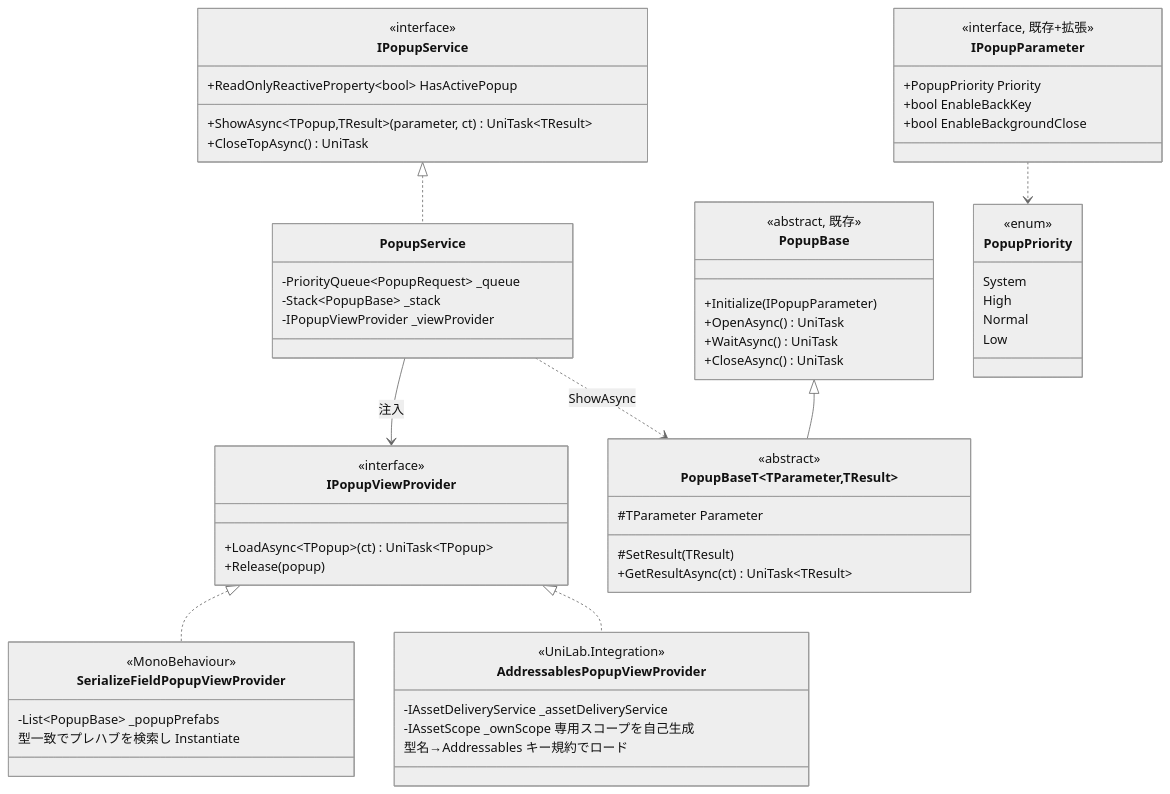
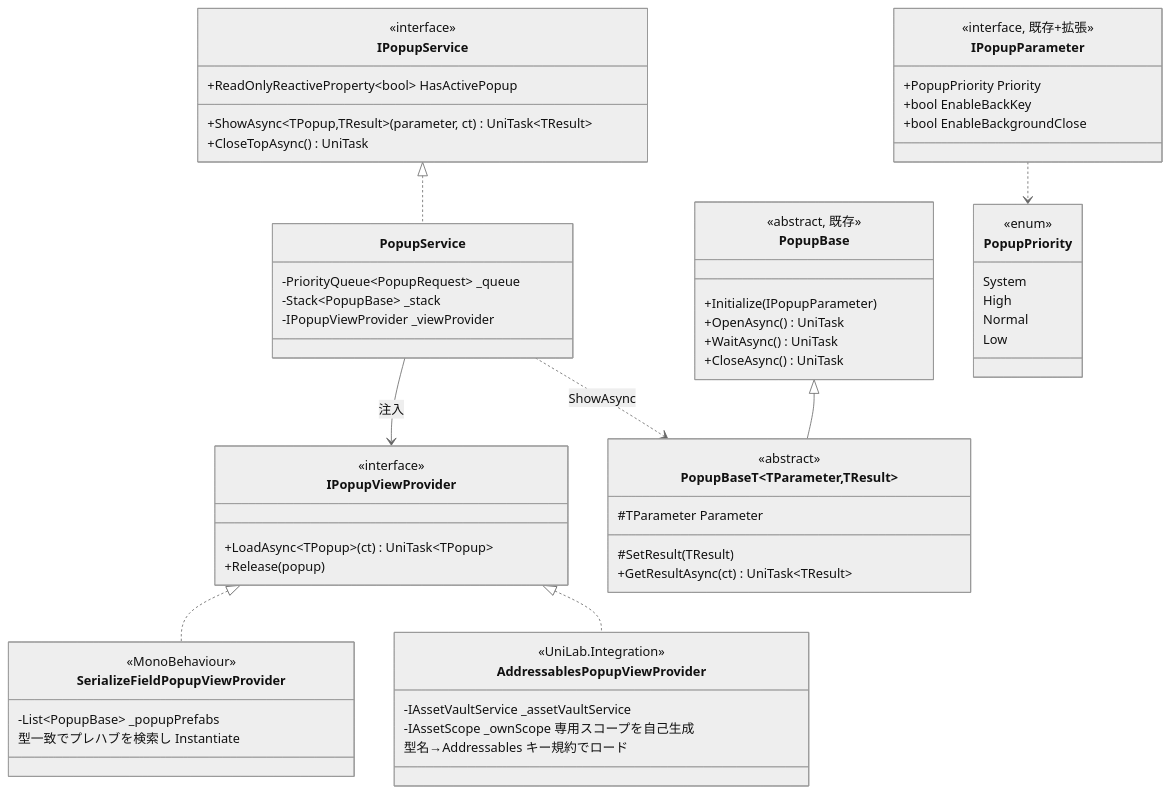
The first of 2 diagrams in docs/design-unilab-popup-v2.md (MasaKoha/UniLab), drawn with Mermaid (neutral theme) before and after one commit. The commit also changed other lines of this file and 57 other files, not shown here.

Commit message:
refactor: UniLab.AssetDelivery を UniLab.AssetVault にリネーム

````diff
--- a/docs/design-unilab-popup-v2.md
+++ b/docs/design-unilab-popup-v2.md
@@ -53,72 +53,72 @@
 ```mermaid
 classDiagram
     class IPopupService {
         <<interface>>
         +ReadOnlyReactiveProperty~bool~ HasActivePopup
         +ShowAsync~TPopup,TResult~(parameter, ct) UniTask~TResult~
         +CloseTopAsync() UniTask
     }
 
     class IPopupViewProvider {
         <<interface>>
         +LoadAsync~TPopup~(ct) UniTask~TPopup~
         +Release(popup)
     }
 
     class PopupService {
         -PriorityQueue~PopupRequest~ _queue
         -Stack~PopupBase~ _stack
         -IPopupViewProvider _viewProvider
     }
 
     class PopupBase {
         <<abstract, 既存>>
         +Initialize(IPopupParameter)
         +OpenAsync() UniTask
         +WaitAsync() UniTask
         +CloseAsync() UniTask
     }
 
     class PopupBaseT~TParameter,TResult~ {
         <<abstract>>
         #TParameter Parameter
         #SetResult(TResult)
         +GetResultAsync(ct) UniTask~TResult~
     }
 
     class SerializeFieldPopupViewProvider {
         <<MonoBehaviour>>
         -List~PopupBase~ _popupPrefabs
         型一致でプレハブを検索し Instantiate
     }
 
     class AddressablesPopupViewProvider {
         <<UniLab.Integration>>
-        -IAssetDeliveryService _assetDeliveryService
+        -IAssetVaultService _assetVaultService
         -IAssetScope _ownScope 専用スコープを自己生成
         型名→Addressables キー規約でロード
     }
 
     class IPopupParameter {
         <<interface, 既存+拡張>>
         +PopupPriority Priority
         +bool EnableBackKey
         +bool EnableBackgroundClose
     }
 
     class PopupPriority {
         <<enum>>
         System
         High
         Normal
         Low
     }
 
     IPopupService <|.. PopupService
     PopupService --> IPopupViewProvider : 注入
     IPopupViewProvider <|.. SerializeFieldPopupViewProvider
     IPopupViewProvider <|.. AddressablesPopupViewProvider
     PopupBase <|-- PopupBaseT
     PopupService ..> PopupBaseT : ShowAsync
     IPopupParameter ..> PopupPriority
 ```
````
